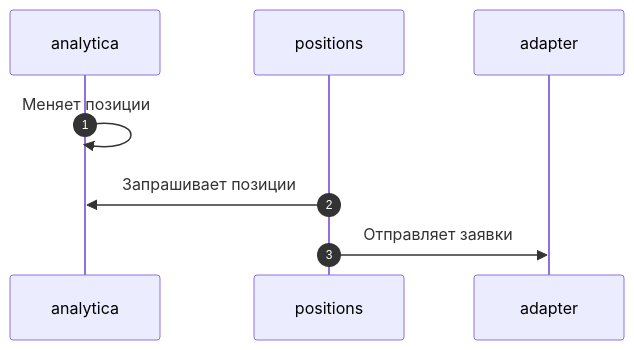
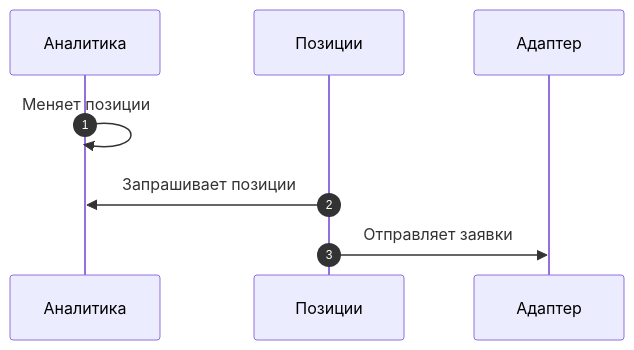
Before and after one commit to Marat22/MiriadRobotDocs: diagram 11 of 11 in controller-logic.md, drawn with Mermaid. The commit also changed other lines of this file, not shown here.

````diff
--- a/controller-logic.md
+++ b/controller-logic.md
@@ -220,8 +232,8 @@
 ```mermaid
 sequenceDiagram
     autonumber
-    analytica->>analytica: Меняет позиции
-    positions->>analytica: Запрашивает позиции
-    positions->>adapter: Отправляет заявки
+    Аналитика->>Аналитика: Меняет позиции
+    Позиции->>Аналитика: Запрашивает позиции
+    Позиции->>Адаптер: Отправляет заявки
 
 ```
````
